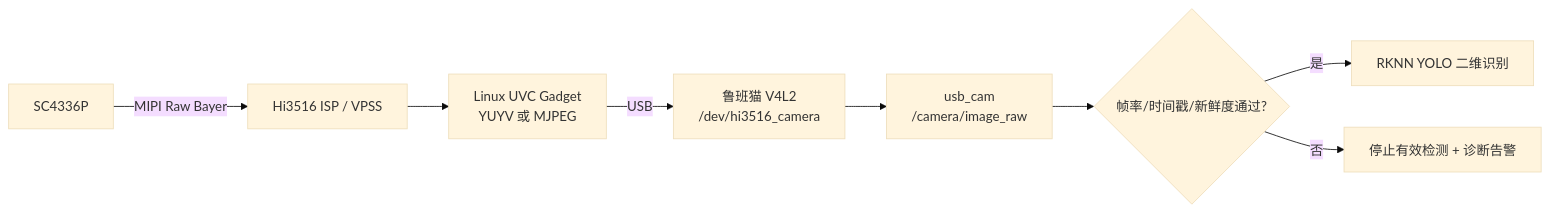
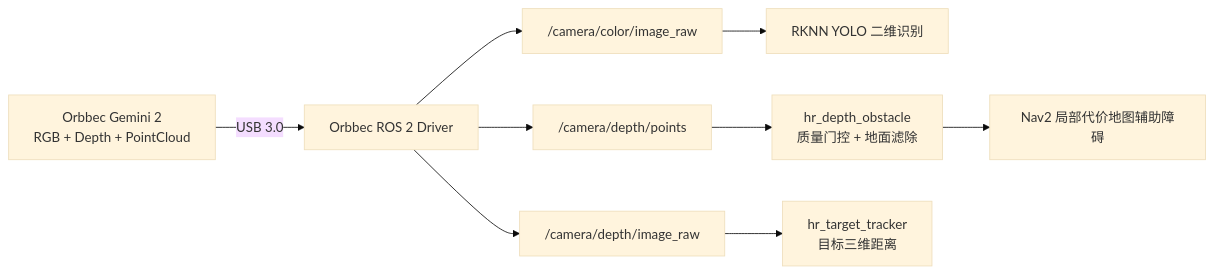
One commit to JosephQ47/Home_robot changed diagram 13 of 32 in 家庭服务机器人技术方案.md. Above: the diagram before and after it, drawn with Mermaid (base theme). The commit also changed other lines of this file, not shown here.

First line of the commit message:
📝 docs(spec): 技术方案换代 —— Gemini 2 深度相机、自主回充、机械臂与语音

````diff
--- a/家庭服务机器人技术方案.md
+++ b/家庭服务机器人技术方案.md
@@ -781,10 +949,11 @@
 ```mermaid
 flowchart LR
-  SC["SC4336P"] -->|"MIPI Raw Bayer"| ISP["Hi3516 ISP / VPSS"]
-  ISP --> UVC["Linux UVC Gadget<br/>YUYV 或 MJPEG"]
-  UVC -->|"USB"| V4L["鲁班猫 V4L2<br/>/dev/hi3516_camera"]
-  V4L --> CAM["usb_cam<br/>/camera/image_raw"]
-  CAM --> QUALITY{"帧率/时间戳/新鲜度通过?"}
-  QUALITY -->|是| PER["RKNN YOLO 二维识别"]
-  QUALITY -->|否| INVALID["停止有效检测 + 诊断告警"]
+  GEM["Orbbec Gemini 2<br/>RGB + Depth + PointCloud"] -->|"USB 3.0"| DRV["Orbbec ROS 2 Driver"]
+  DRV --> RGB["/camera/color/image_raw"]
+  DRV --> DEPTH["/camera/depth/image_raw"]
+  DRV --> PC["/camera/depth/points"]
+  RGB --> PER["RKNN YOLO 二维识别"]
+  PC --> FILTER["hr_depth_obstacle<br/>质量门控 + 地面滤除"]
+  FILTER --> COST["Nav2 局部代价地图辅助障碍"]
+  DEPTH --> TRACK["hr_target_tracker<br/>目标三维距离"]
 ```
````
